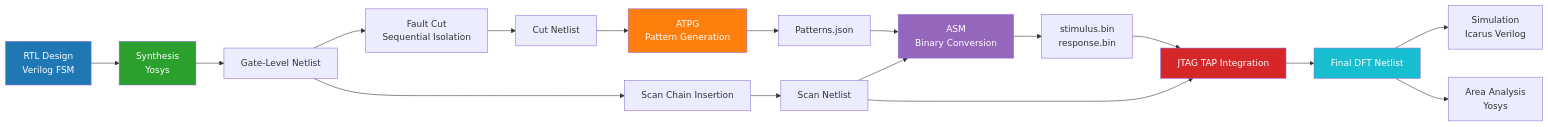
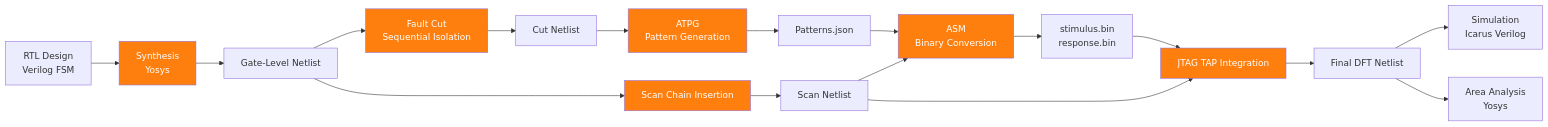
One commit to keyurd1998-sys/open-source-dft-flow changed the diagram in README.md. Above: the diagram before and after it, drawn with Mermaid.

````diff
--- a/README.md
+++ b/README.md
@@ -33,34 +33,34 @@
 ```mermaid
 flowchart LR
 
 A[RTL Design<br/>Verilog FSM] --> B[Synthesis<br/>Yosys]
 B --> C[Gate-Level Netlist]
 
 C --> D[Fault Cut<br/>Sequential Isolation]
 D --> E[Cut Netlist]
 
 E --> F[ATPG<br/>Pattern Generation]
 F --> G[Patterns.json]
 
 G --> H[ASM<br/>Binary Conversion]
 K --> H[ASM<br/>Binary Conversion]
 H --> I[stimulus.bin<br/>response.bin]
 
 C --> J[Scan Chain Insertion]
 J --> K[Scan Netlist]
 
 K --> L[JTAG TAP Integration]
 I --> L
 
 L --> M[Final DFT Netlist]
 
 M --> N[Simulation<br/>Icarus Verilog]
 M --> O[Area Analysis<br/>Yosys]
 
-style A fill:#1f77b4,color:#fff
-style B fill:#2ca02c,color:#fff
+style D fill:#ff7f0e,color:#fff
+style B fill:#ff7f0e,color:#fff
 style F fill:#ff7f0e,color:#fff
-style H fill:#9467bd,color:#fff
-style L fill:#d62728,color:#fff
-style M fill:#17becf,color:#fff
+style J fill:#ff7f0e,color:#fff
+style H fill:#ff7f0e,color:#fff
+style L fill:#ff7f0e,color:#fff
 ```
````
